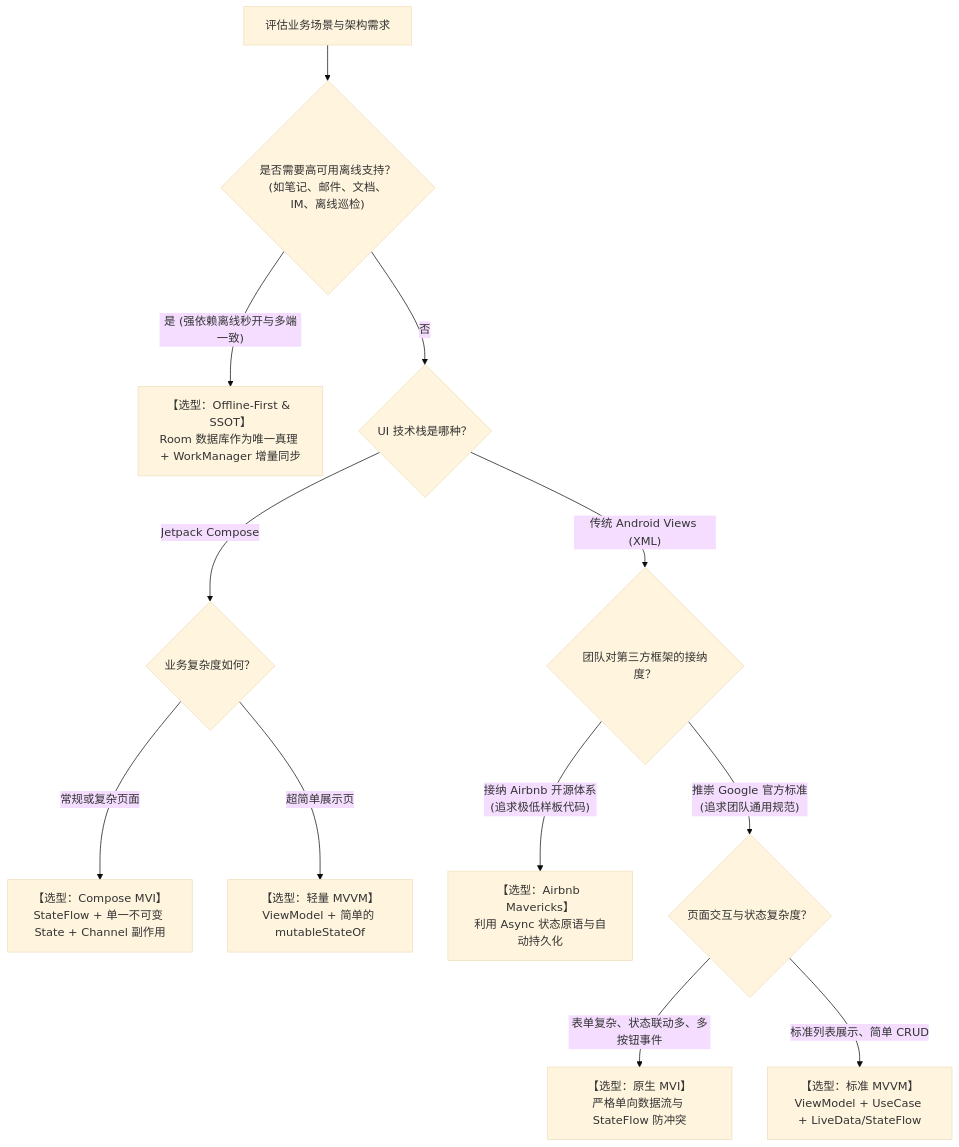
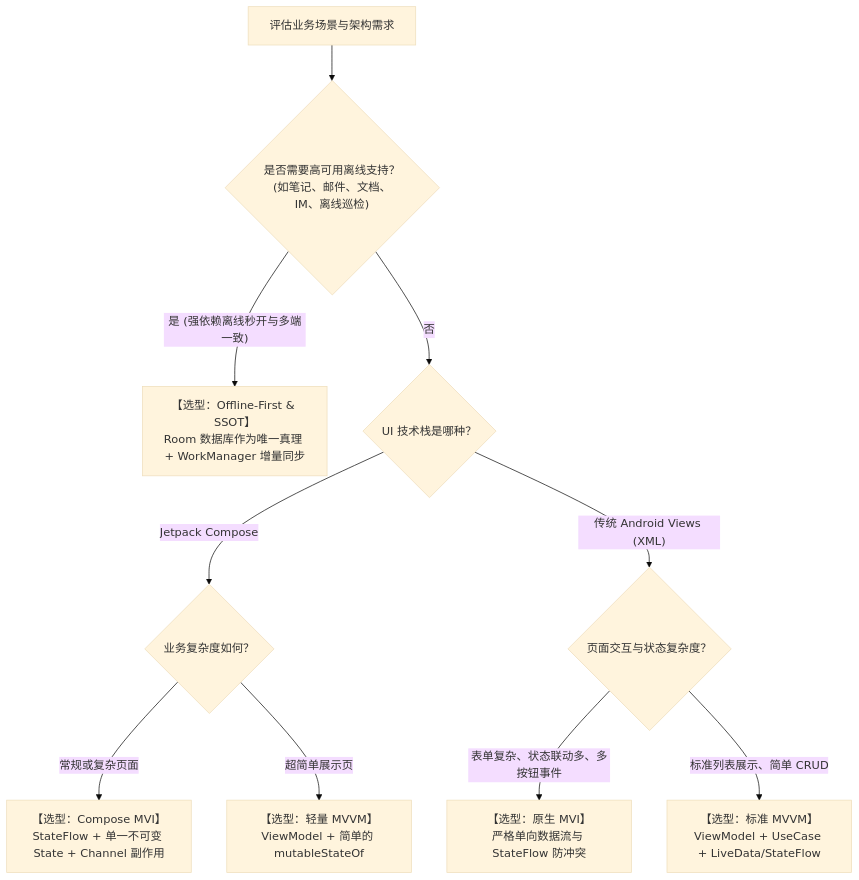
The fourth of 4 diagrams in docs/03-architecture/architecture.md (wuwei94/MyApplication), drawn with Mermaid (base theme) before and after one commit. The commit also changed other lines of this file and 27 other files, not shown here.

````diff
--- a/docs/03-architecture/architecture.md
+++ b/docs/03-architecture/architecture.md
@@ -319,19 +270,17 @@
 ```mermaid
 flowchart TD
     Start["评估业务场景与架构需求"] --> Q1{"是否需要高可用离线支持？\n(如笔记、邮件、文档、IM、离线巡检)"}
     
     Q1 -- "是 (强依赖离线秒开与多端一致)" --> A1["【选型：Offline-First & SSOT】\nRoom 数据库作为唯一真理 + WorkManager 增量同步"]
     
     Q1 -- "否" --> Q2{"UI 技术栈是哪种？"}
     
     Q2 -- "Jetpack Compose" --> Q3{"业务复杂度如何？"}
     Q3 -- "常规或复杂页面" --> A2["【选型：Compose MVI】\nStateFlow + 单一不可变 State + Channel 副作用"]
     Q3 -- "超简单展示页" --> A3["【选型：轻量 MVVM】\nViewModel + 简单的 mutableStateOf"]
     
-    Q2 -- "传统 Android Views (XML)" --> Q4{"团队对第三方框架的接纳度？"}
-    Q4 -- "接纳 Airbnb 开源体系\n(追求极低样板代码)" --> A4["【选型：Airbnb Mavericks】\n利用 Async<T> 状态原语与自动持久化"]
-    Q4 -- "推崇 Google 官方标准\n(追求团队通用规范)" --> Q5{"页面交互与状态复杂度？"}
+    Q2 -- "传统 Android Views (XML)" --> Q5{"页面交互与状态复杂度？"}
     
     Q5 -- "表单复杂、状态联动多、多按钮事件" --> A5["【选型：原生 MVI】\n严格单向数据流与 StateFlow 防冲突"]
     Q5 -- "标准列表展示、简单 CRUD" --> A6["【选型：标准 MVVM】\nViewModel + UseCase + LiveData/StateFlow"]
 ```
````
